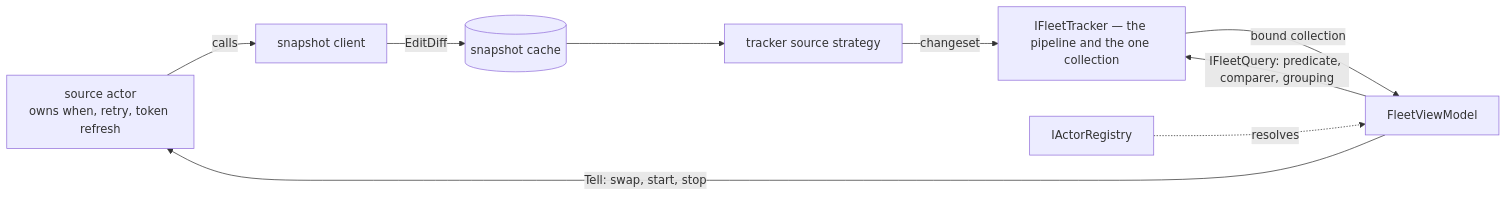
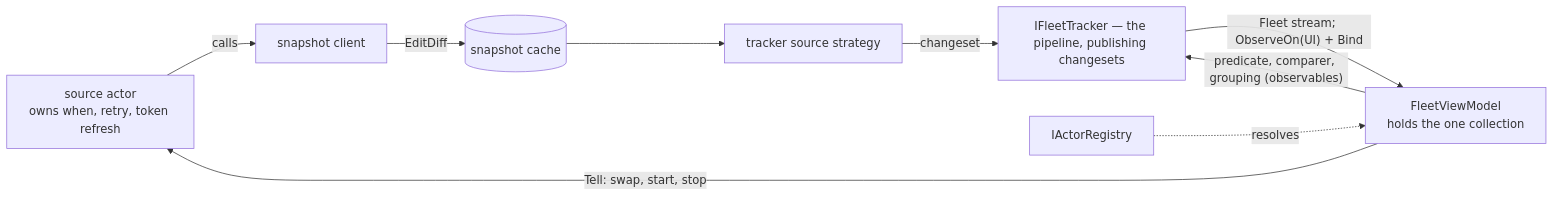
The third of 3 diagrams in features/fleet-dashboard/.spec/README.md (RLittlesII/Transporter), drawn with Mermaid before and after one commit. The commit also changed other lines of this file and 3 other files, not shown here.

````diff
--- a/features/fleet-dashboard/.spec/README.md
+++ b/features/fleet-dashboard/.spec/README.md
@@ -272,11 +289,11 @@
 ```mermaid
 flowchart LR
     actor["source actor<br/>owns when, retry, token refresh"] -->|calls| client["snapshot client"]
     client -->|EditDiff| cache[("snapshot cache")]
     cache --> strategy["tracker source strategy"]
-    strategy -->|changeset| tracker["IFleetTracker — the pipeline and the one collection"]
-    tracker -->|bound collection| vm["FleetViewModel"]
-    vm -->|IFleetQuery: predicate, comparer, grouping| tracker
+    strategy -->|changeset| tracker["IFleetTracker — the pipeline, publishing changesets"]
+    tracker -->|"Fleet stream; ObserveOn(UI) + Bind"| vm["FleetViewModel<br/>holds the one collection"]
+    vm -->|"predicate, comparer, grouping (observables)"| tracker
     vm -->|Tell: swap, start, stop| actor
     registry["IActorRegistry"] -.->|resolves| vm
 ```
````
